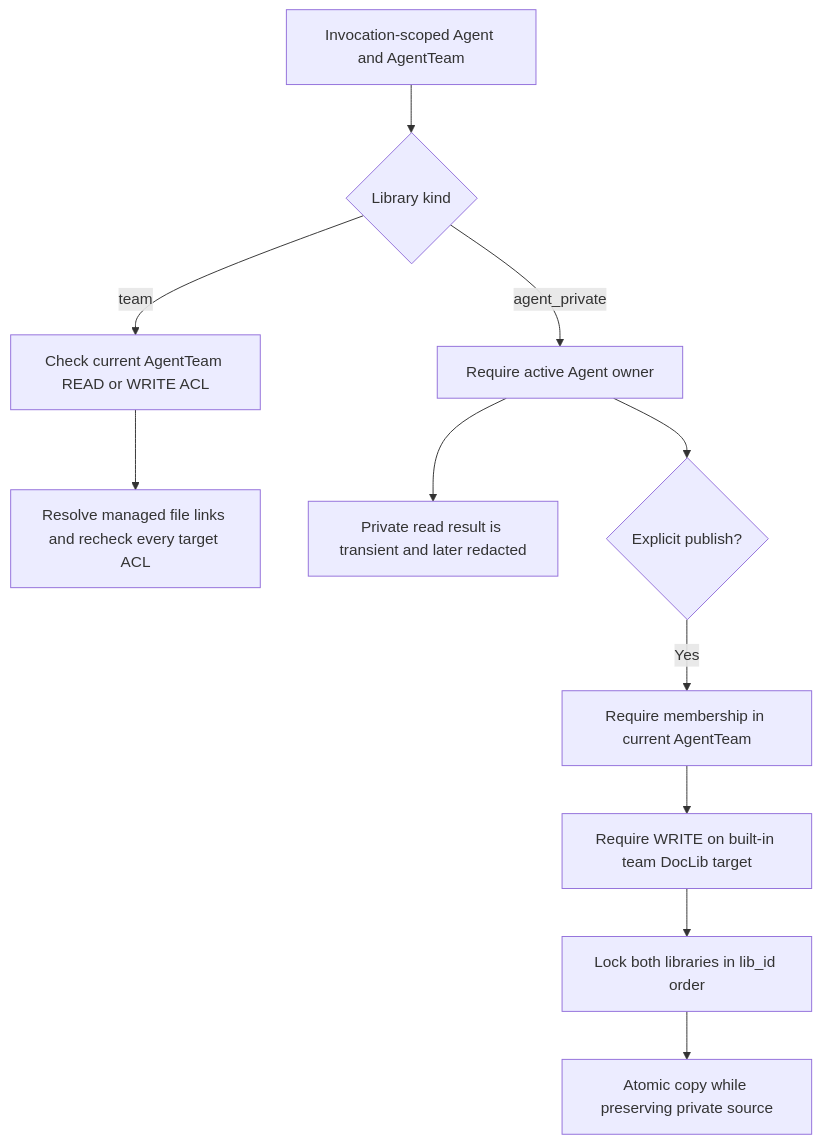
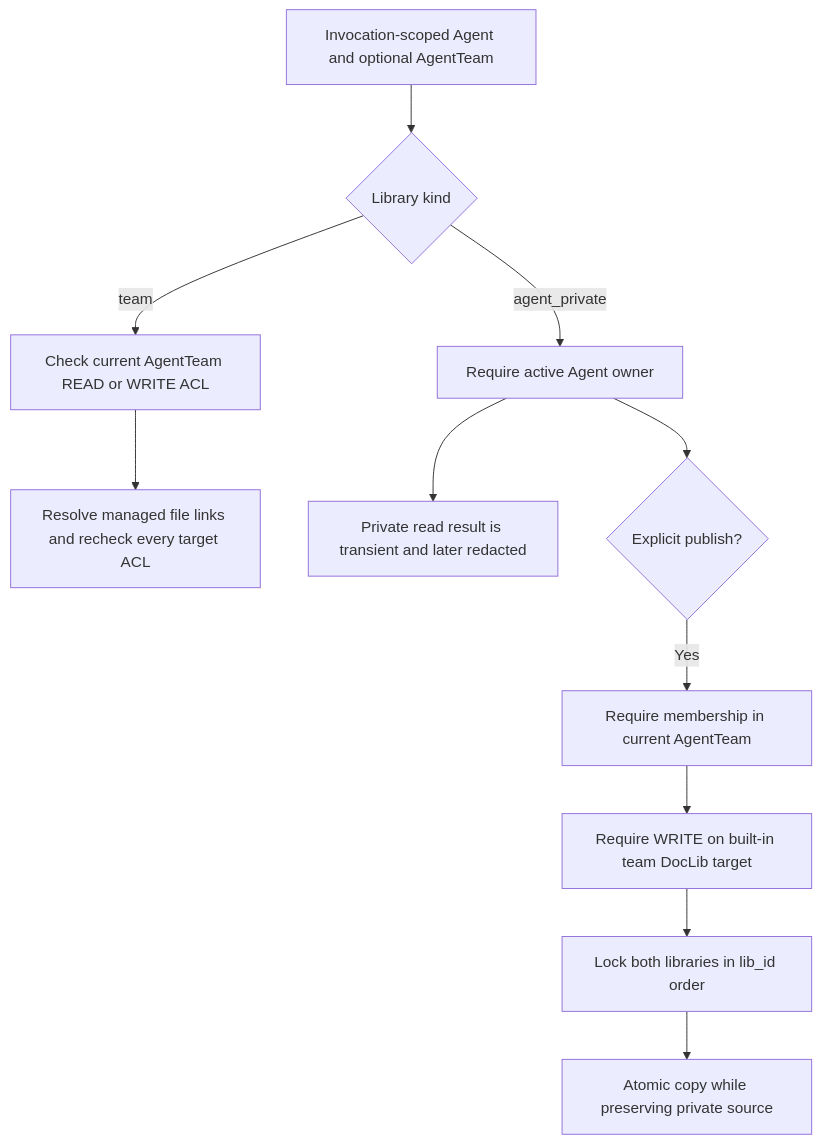
One commit to AI-Team-Team/AI-Team-Team changed the fourth of 4 diagrams in docs/flowcharts/Gated_Reading.md. Above: the diagram before and after it, drawn with Mermaid. The commit also changed other lines of this file and 225 other files, not shown here.

````diff
--- a/docs/flowcharts/Gated_Reading.md
+++ b/docs/flowcharts/Gated_Reading.md
@@ -61,13 +68,13 @@
 ```mermaid
 flowchart TD
-    Invocation["Invocation-scoped Agent and AgentTeam"] --> Kind{"Library kind"}
+    Invocation["Invocation-scoped Agent and optional AgentTeam"] --> Kind{"Library kind"}
     Kind -- "team" --> ACL["Check current AgentTeam READ or WRITE ACL"]
     ACL --> Managed["Resolve managed file links and recheck every target ACL"]
     Kind -- "agent_private" --> Owner["Require active Agent owner"]
     Owner --> PrivateRead["Private read result is transient and later redacted"]
     Owner --> Publish{"Explicit publish?"}
     Publish -- "Yes" --> Membership["Require membership in current AgentTeam"]
     Membership --> TargetACL["Require WRITE on built-in team DocLib target"]
     TargetACL --> Locks["Lock both libraries in lib_id order"]
     Locks --> Copy["Atomic copy while preserving private source"]
 ```
````
